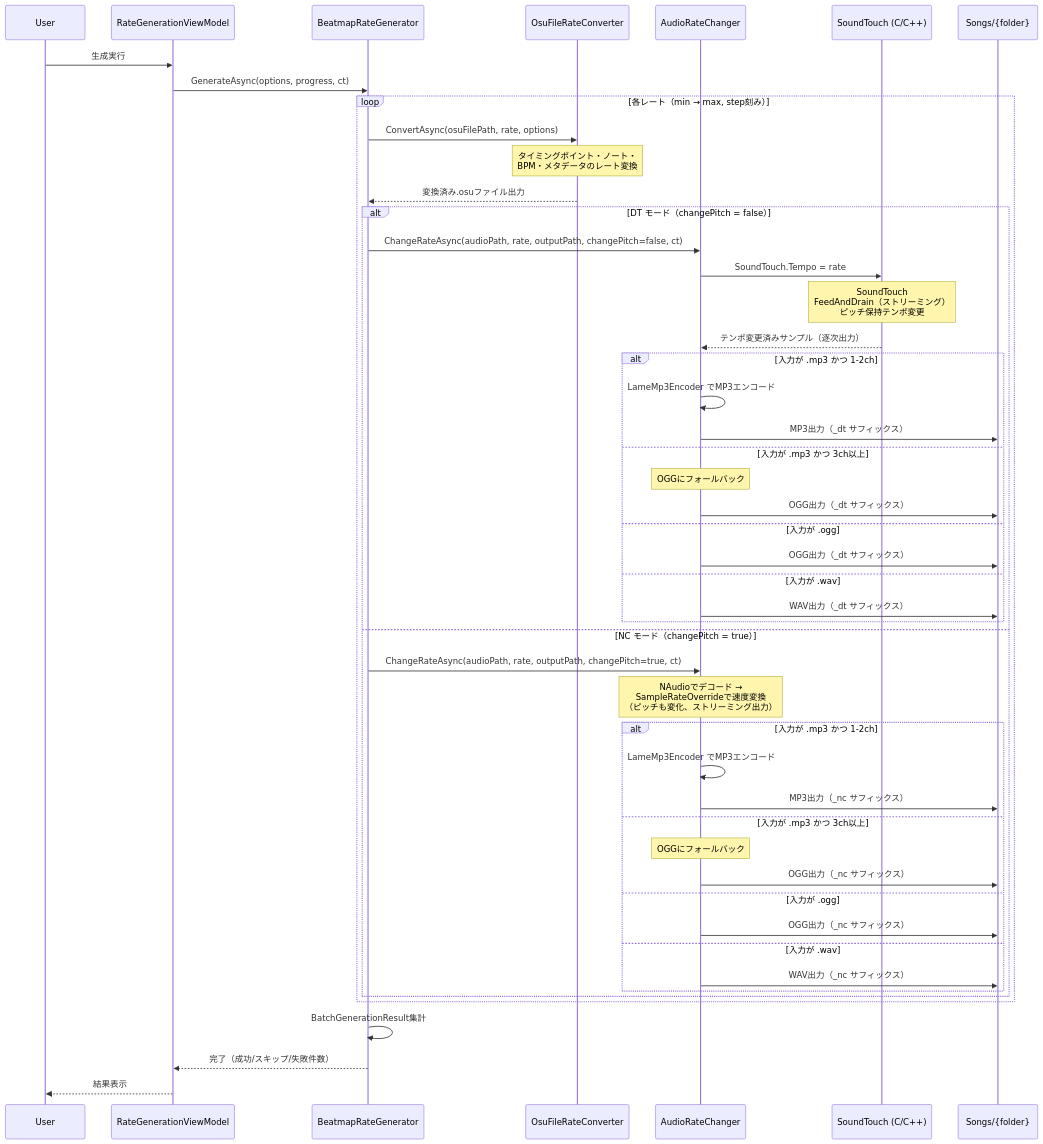
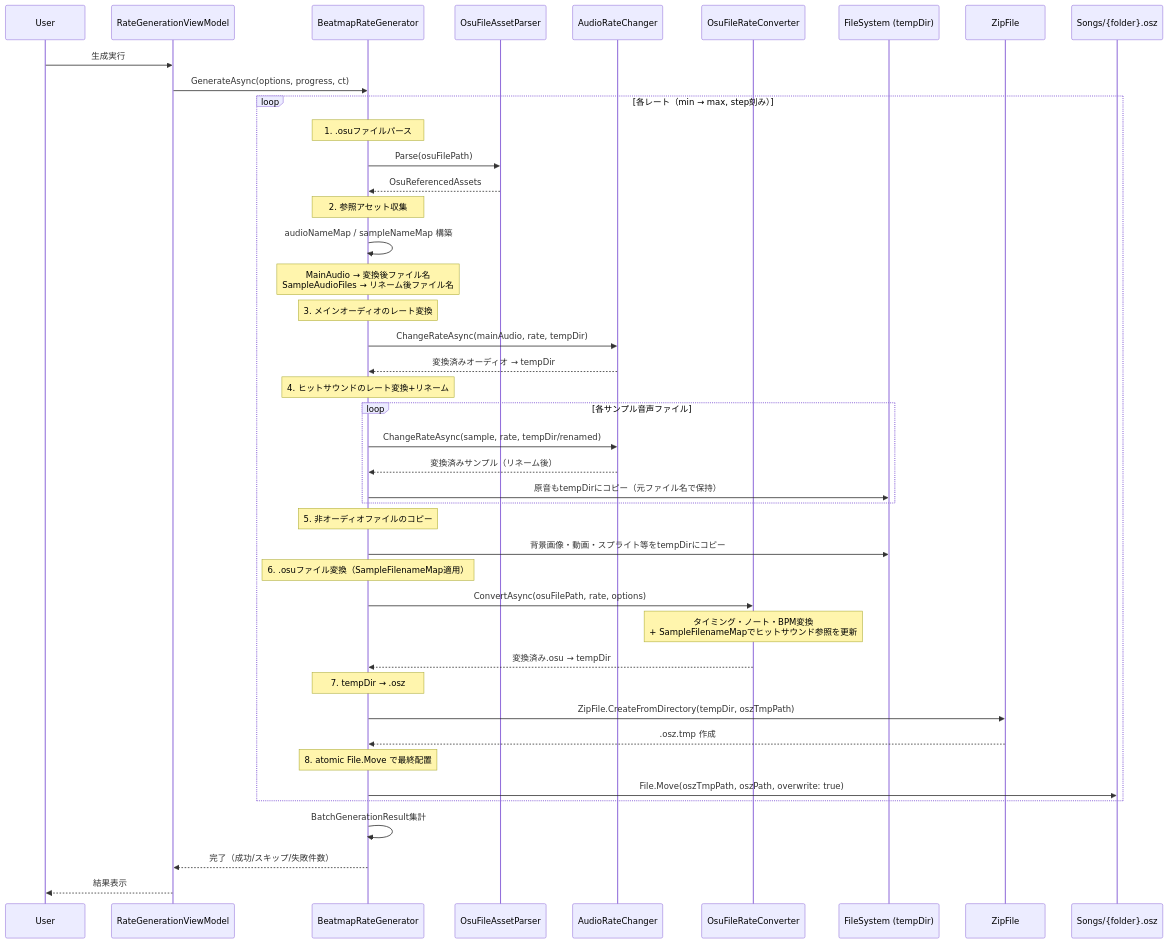
Diagram 21 of 21 in docs/DATA_FLOW.md (rice5941/NakuruTool_Avalonia_AOT), drawn with Mermaid before and after one commit. The commit also changed other lines of this file and 22 other files, not shown here.

````diff
--- a/docs/DATA_FLOW.md
+++ b/docs/DATA_FLOW.md
@@ -808,55 +808,55 @@
 ```mermaid
 sequenceDiagram
     participant User
     participant VM as RateGenerationViewModel
     participant BRG as BeatmapRateGenerator
+    participant OFAP as OsuFileAssetParser
+    participant ARC as AudioRateChanger
     participant OFC as OsuFileRateConverter
-    participant ARC as AudioRateChanger
-    participant ST as SoundTouch (C/C++)
-    participant Songs as Songs/{folder}
+    participant FS as FileSystem (tempDir)
+    participant ZIP as ZipFile
+    participant Songs as Songs/{folder}.osz
 
     User->>VM: 生成実行
     VM->>BRG: GenerateAsync(options, progress, ct)
 
     loop 各レート（min → max, step刻み）
+        Note over BRG: 1. .osuファイルパース
+        BRG->>OFAP: Parse(osuFilePath)
+        OFAP-->>BRG: OsuReferencedAssets
+
+        Note over BRG: 2. 参照アセット収集
+        BRG->>BRG: audioNameMap / sampleNameMap 構築
+        Note over BRG: MainAudio → 変換後ファイル名<br/>SampleAudioFiles → リネーム後ファイル名
+
+        Note over BRG: 3. メインオーディオのレート変換
+        BRG->>ARC: ChangeRateAsync(mainAudio, rate, tempDir)
+        ARC-->>BRG: 変換済みオーディオ → tempDir
+
+        Note over BRG: 4. ヒットサウンドのレート変換+リネーム
+        loop 各サンプル音声ファイル
+            BRG->>ARC: ChangeRateAsync(sample, rate, tempDir/renamed)
+            ARC-->>BRG: 変換済みサンプル（リネーム後）
+            BRG->>FS: 原音もtempDirにコピー（元ファイル名で保持）
+        end
+
+        Note over BRG: 5. 非オーディオファイルのコピー
+        BRG->>FS: 背景画像・動画・スプライト等をtempDirにコピー
+
+        Note over BRG: 6. .osuファイル変換（SampleFilenameMap適用）
         BRG->>OFC: ConvertAsync(osuFilePath, rate, options)
-        Note over OFC: タイミングポイント・ノート・<br/>BPM・メタデータのレート変換
-        OFC-->>BRG: 変換済み.osuファイル出力
+        Note over OFC: タイミング・ノート・BPM変換<br/>+ SampleFilenameMapでヒットサウンド参照を更新
+        OFC-->>BRG: 変換済み.osu → tempDir
 
-        alt DT モード（changePitch = false）
-            BRG->>ARC: ChangeRateAsync(audioPath, rate, outputPath, changePitch=false, ct)
-            ARC->>ST: SoundTouch.Tempo = rate
-            Note over ST: SoundTouch<br/>FeedAndDrain（ストリーミング）<br/>ピッチ保持テンポ変更
-            ST-->>ARC: テンポ変更済みサンプル（逐次出力）
-            alt 入力が .mp3 かつ 1-2ch
-                ARC->>ARC: LameMp3Encoder でMP3エンコード
-                ARC->>Songs: MP3出力（_dt サフィックス）
-            else 入力が .mp3 かつ 3ch以上
-                Note over ARC: OGGにフォールバック
-                ARC->>Songs: OGG出力（_dt サフィックス）
-            else 入力が .ogg
-                ARC->>Songs: OGG出力（_dt サフィックス）
-            else 入力が .wav
-                ARC->>Songs: WAV出力（_dt サフィックス）
-            end
-        else NC モード（changePitch = true）
-            BRG->>ARC: ChangeRateAsync(audioPath, rate, outputPath, changePitch=true, ct)
-            Note over ARC: NAudioでデコード →<br/>SampleRateOverrideで速度変換<br/>（ピッチも変化、ストリーミング出力）
-            alt 入力が .mp3 かつ 1-2ch
-                ARC->>ARC: LameMp3Encoder でMP3エンコード
-                ARC->>Songs: MP3出力（_nc サフィックス）
-            else 入力が .mp3 かつ 3ch以上
-                Note over ARC: OGGにフォールバック
-                ARC->>Songs: OGG出力（_nc サフィックス）
-            else 入力が .ogg
-                ARC->>Songs: OGG出力（_nc サフィックス）
-            else 入力が .wav
-                ARC->>Songs: WAV出力（_nc サフィックス）
-            end
-        end
+        Note over BRG: 7. tempDir → .osz
+        BRG->>ZIP: ZipFile.CreateFromDirectory(tempDir, oszTmpPath)
+        ZIP-->>BRG: .osz.tmp 作成
+
+        Note over BRG: 8. atomic File.Move で最終配置
+        BRG->>Songs: File.Move(oszTmpPath, oszPath, overwrite: true)
     end
 
     BRG->>BRG: BatchGenerationResult集計
     BRG-->>VM: 完了（成功/スキップ/失敗件数）
     VM-->>User: 結果表示
 ```
````
